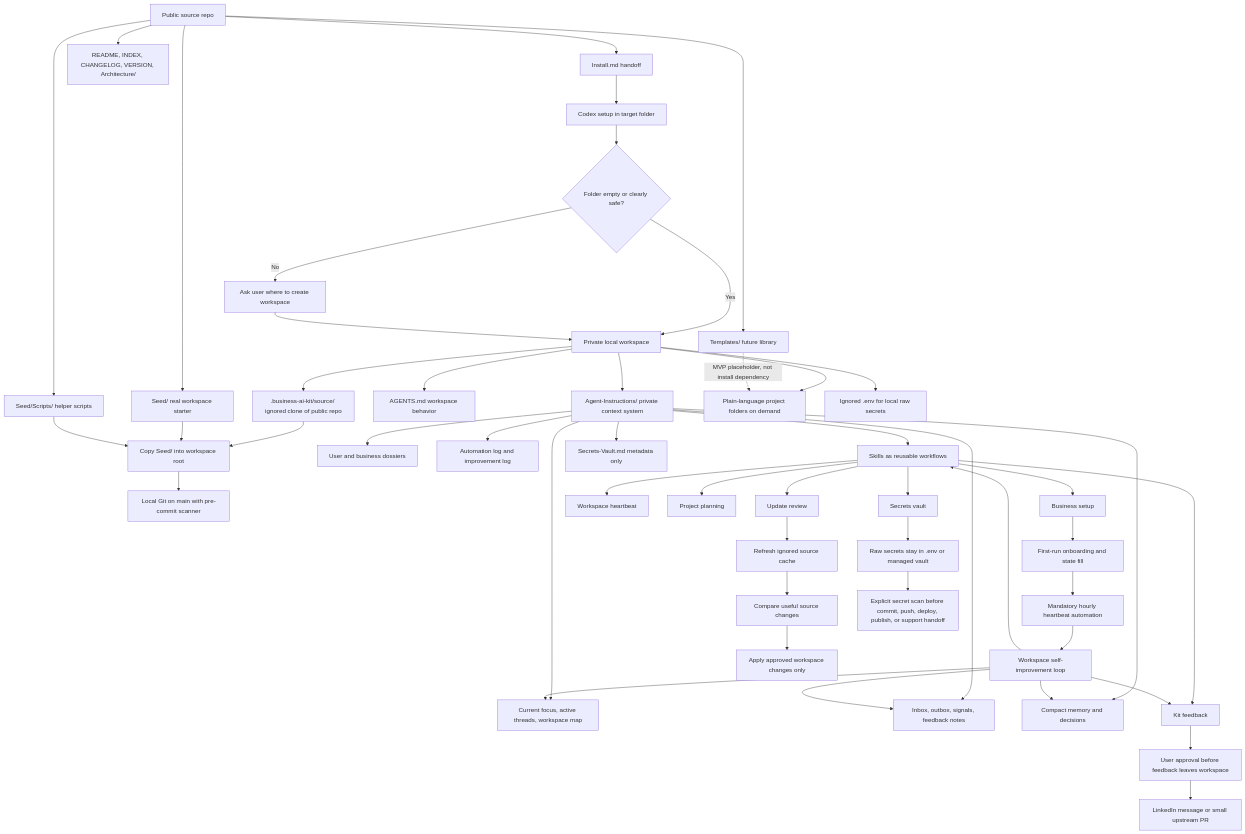
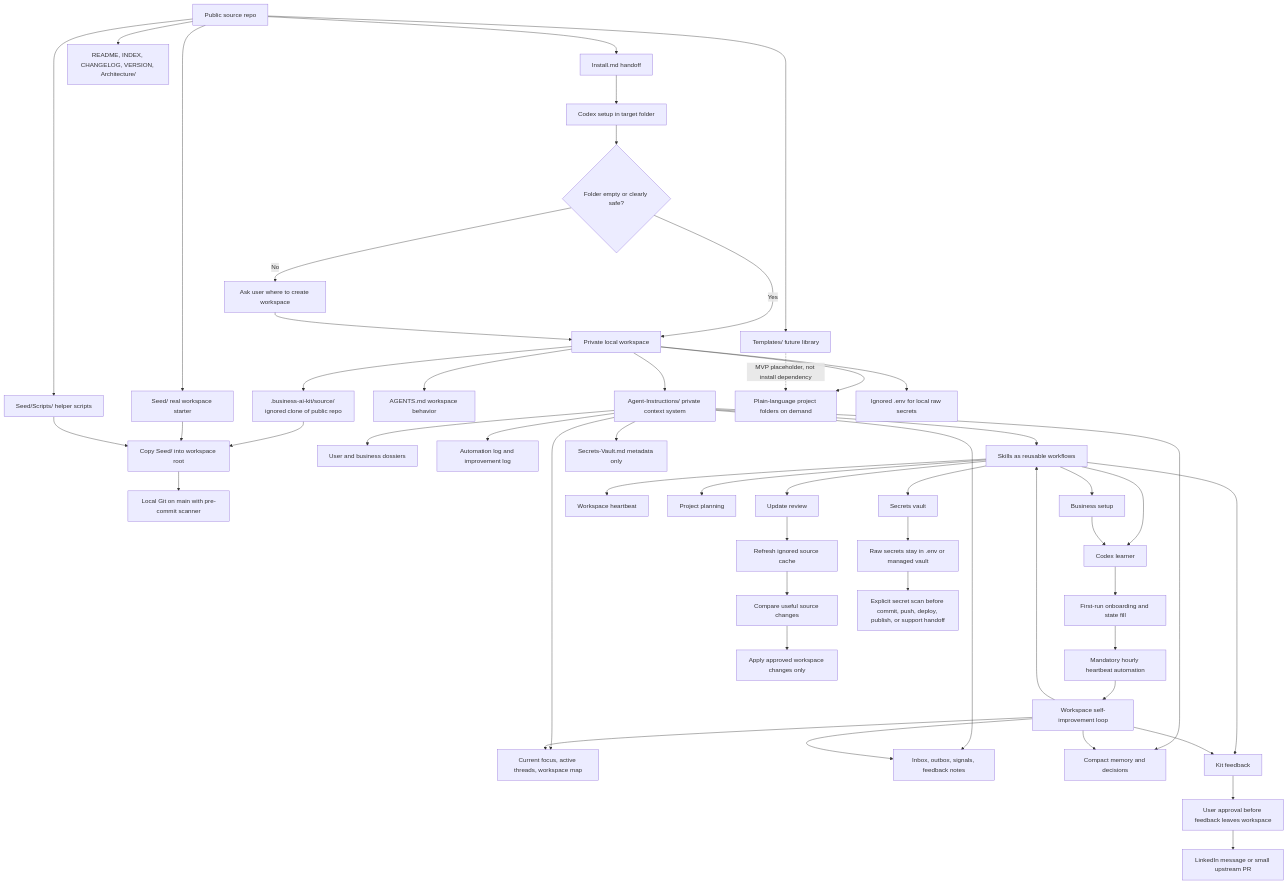
The diagram in ARCHITECTURE.md (V-Andriy/business-ai-starter-kit), drawn with Mermaid before and after one commit. The commit also changed other lines of this file and 13 other files, not shown here.

Commit message:
Improve first-run onboarding UX

````diff
--- a/ARCHITECTURE.md
+++ b/ARCHITECTURE.md
@@ -20,61 +20,63 @@
 ```mermaid
 flowchart TD
   Public["Public source repo"] --> Install["Install.md handoff"]
   Public --> Seed["Seed/ real workspace starter"]
   Public --> Scripts["Seed/Scripts/ helper scripts"]
   Public --> Templates["Templates/ future library"]
   Public --> Docs["README, INDEX, CHANGELOG, VERSION, Architecture/"]
 
   Install --> Codex["Codex setup in target folder"]
   Codex --> SafetyCheck{"Folder empty or clearly safe?"}
   SafetyCheck -- "No" --> AskPath["Ask user where to create workspace"]
   SafetyCheck -- "Yes" --> Private["Private local workspace"]
   AskPath --> Private
 
   Private --> Cache[".business-ai-kit/source/ ignored clone of public repo"]
   Cache --> CopySeed["Copy Seed/ into workspace root"]
   Seed --> CopySeed
   Scripts --> CopySeed
   CopySeed --> Git["Local Git on main with pre-commit scanner"]
 
   Private --> Agents["AGENTS.md workspace behavior"]
   Private --> Context["Agent-Instructions/ private context system"]
   Private --> Projects["Plain-language project folders on demand"]
   Private --> Env["Ignored .env for local raw secrets"]
 
   Context --> Dossiers["User and business dossiers"]
   Context --> Continuity["Current focus, active threads, workspace map"]
   Context --> Queue["Inbox, outbox, signals, feedback notes"]
   Context --> Logs["Automation log and improvement log"]
   Context --> Memory["Compact memory and decisions"]
   Context --> Skills["Skills as reusable workflows"]
   Context --> SecretMeta["Secrets-Vault.md metadata only"]
 
   Skills --> BusinessSetup["Business setup"]
+  Skills --> CodexLearner["Codex learner"]
   Skills --> Heartbeat["Workspace heartbeat"]
   Skills --> KitFeedback["Kit feedback"]
   Skills --> ProjectPlanning["Project planning"]
   Skills --> SecretsVault["Secrets vault"]
   Skills --> UpdateReview["Update review"]
 
-  BusinessSetup --> Onboarding["First-run onboarding and state fill"]
+  BusinessSetup --> CodexLearner
+  CodexLearner --> Onboarding["First-run onboarding and state fill"]
   Onboarding --> HeartbeatSetup["Mandatory hourly heartbeat automation"]
   HeartbeatSetup --> Loop["Workspace self-improvement loop"]
   Loop --> Queue
   Loop --> Continuity
   Loop --> Memory
   Loop --> Skills
   Loop --> KitFeedback
 
   UpdateReview --> Refresh["Refresh ignored source cache"]
   Refresh --> Compare["Compare useful source changes"]
   Compare --> Approval["Apply approved workspace changes only"]
 
   SecretsVault --> SecretSafety["Raw secrets stay in .env or managed vault"]
   SecretSafety --> Scanner["Explicit secret scan before commit, push, deploy, publish, or support handoff"]
 
   KitFeedback --> UserApproval["User approval before feedback leaves workspace"]
   UserApproval --> FeedbackPath["LinkedIn message or small upstream PR"]
 
   Templates -. "MVP placeholder, not install dependency" .-> Projects
 ```
````
